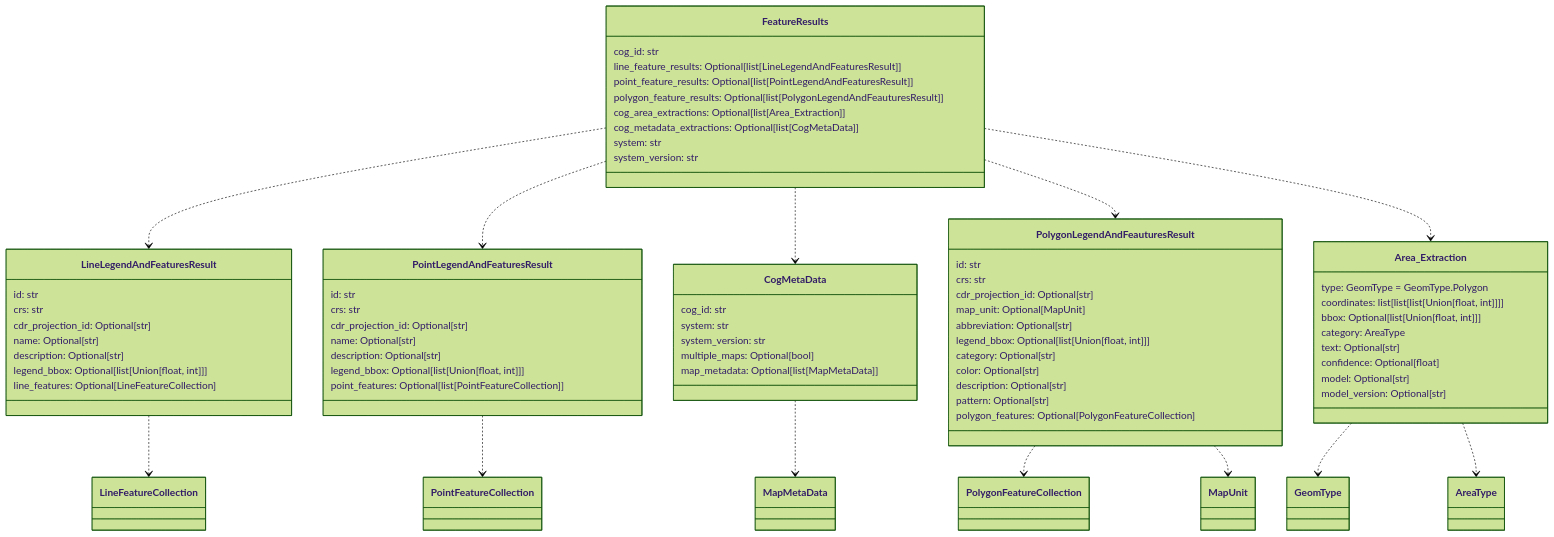
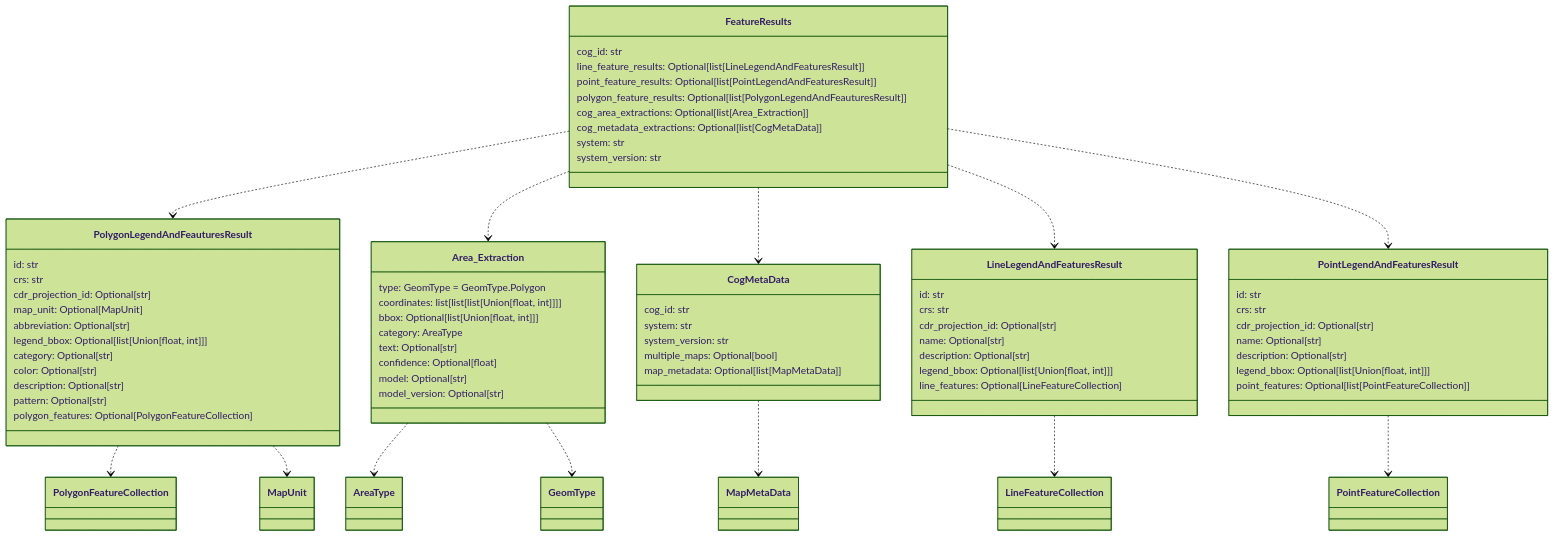
One commit to DARPA-CRITICALMAAS/cdr_schemas changed the fourth of 12 diagrams in README.md. Above: the diagram before and after it, drawn with Mermaid (forest theme). The commit also changed other lines of this file and 2 other files, not shown here.

````diff
--- a/README.md
+++ b/README.md
@@ -251,82 +251,82 @@
 ```mermaid
 classDiagram
-
-    class FeatureResults {
-        cog_id: str
-        line_feature_results: Optional[list[LineLegendAndFeaturesResult]]
-        point_feature_results: Optional[list[PointLegendAndFeaturesResult]]
-        polygon_feature_results: Optional[list[PolygonLegendAndFeauturesResult]]
-        cog_area_extractions: Optional[list[Area_Extraction]]
-        cog_metadata_extractions: Optional[list[CogMetaData]]
-        system: str
-        system_version: str
-    }
-
-    class LineLegendAndFeaturesResult {
-        id: str
-        crs: str
-        cdr_projection_id: Optional[str]
-        name: Optional[str]
-        description: Optional[str]
-        legend_bbox: Optional[list[Union[float, int]]]
-        line_features: Optional[LineFeatureCollection]
-    }
-
-    class PointLegendAndFeaturesResult {
-        id: str
-        crs: str
-        cdr_projection_id: Optional[str]
-        name: Optional[str]
-        description: Optional[str]
-        legend_bbox: Optional[list[Union[float, int]]]
-        point_features: Optional[list[PointFeatureCollection]]
-    }
 
     class PolygonLegendAndFeauturesResult {
         id: str
         crs: str
         cdr_projection_id: Optional[str]
         map_unit: Optional[MapUnit]
         abbreviation: Optional[str]
         legend_bbox: Optional[list[Union[float, int]]]
         category: Optional[str]
         color: Optional[str]
         description: Optional[str]
         pattern: Optional[str]
         polygon_features: Optional[PolygonFeatureCollection]
     }
 
     class Area_Extraction {
         type: GeomType = GeomType.Polygon
         coordinates: list[list[list[Union[float, int]]]]
         bbox: Optional[list[Union[float, int]]]
         category: AreaType
         text: Optional[str]
         confidence: Optional[float]
         model: Optional[str]
         model_version: Optional[str]
     }
 
     class CogMetaData {
         cog_id: str
         system: str
         system_version: str
         multiple_maps: Optional[bool]
         map_metadata: Optional[list[MapMetaData]]
     }
 
+    class LineLegendAndFeaturesResult {
+        id: str
+        crs: str
+        cdr_projection_id: Optional[str]
+        name: Optional[str]
+        description: Optional[str]
+        legend_bbox: Optional[list[Union[float, int]]]
+        line_features: Optional[LineFeatureCollection]
+    }
+
+    class FeatureResults {
+        cog_id: str
+        line_feature_results: Optional[list[LineLegendAndFeaturesResult]]
+        point_feature_results: Optional[list[PointLegendAndFeaturesResult]]
+        polygon_feature_results: Optional[list[PolygonLegendAndFeauturesResult]]
+        cog_area_extractions: Optional[list[Area_Extraction]]
+        cog_metadata_extractions: Optional[list[CogMetaData]]
+        system: str
+        system_version: str
+    }
+
+    class PointLegendAndFeaturesResult {
+        id: str
+        crs: str
+        cdr_projection_id: Optional[str]
+        name: Optional[str]
+        description: Optional[str]
+        legend_bbox: Optional[list[Union[float, int]]]
+        point_features: Optional[list[PointFeatureCollection]]
+    }
+
+    Area_Extraction ..> AreaType
     Area_Extraction ..> GeomType
-    Area_Extraction ..> AreaType
     LineLegendAndFeaturesResult ..> LineFeatureCollection
     PointLegendAndFeaturesResult ..> PointFeatureCollection
     PolygonLegendAndFeauturesResult ..> PolygonFeatureCollection
     PolygonLegendAndFeauturesResult ..> MapUnit
     CogMetaData ..> MapMetaData
+    FeatureResults ..> PolygonLegendAndFeauturesResult
+    FeatureResults ..> Area_Extraction
+    FeatureResults ..> CogMetaData
     FeatureResults ..> LineLegendAndFeaturesResult
     FeatureResults ..> PointLegendAndFeaturesResult
-    FeatureResults ..> CogMetaData
-    FeatureResults ..> PolygonLegendAndFeauturesResult
-    FeatureResults ..> Area_Extraction
 
 
 ```
````
